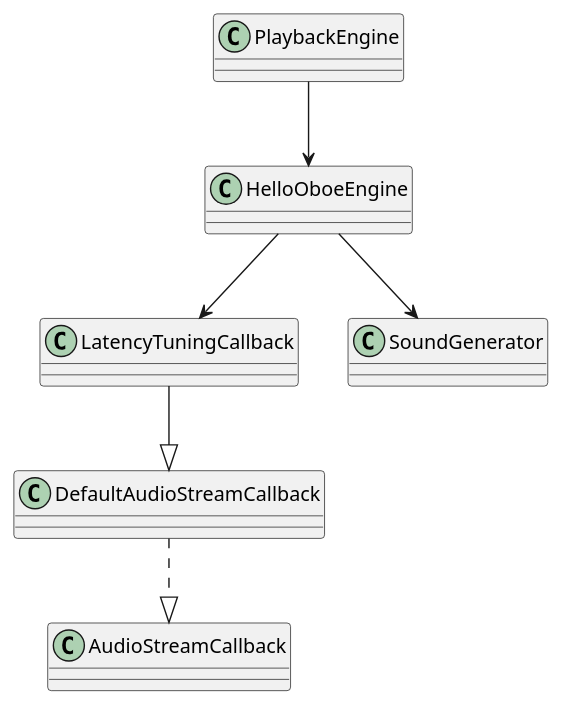
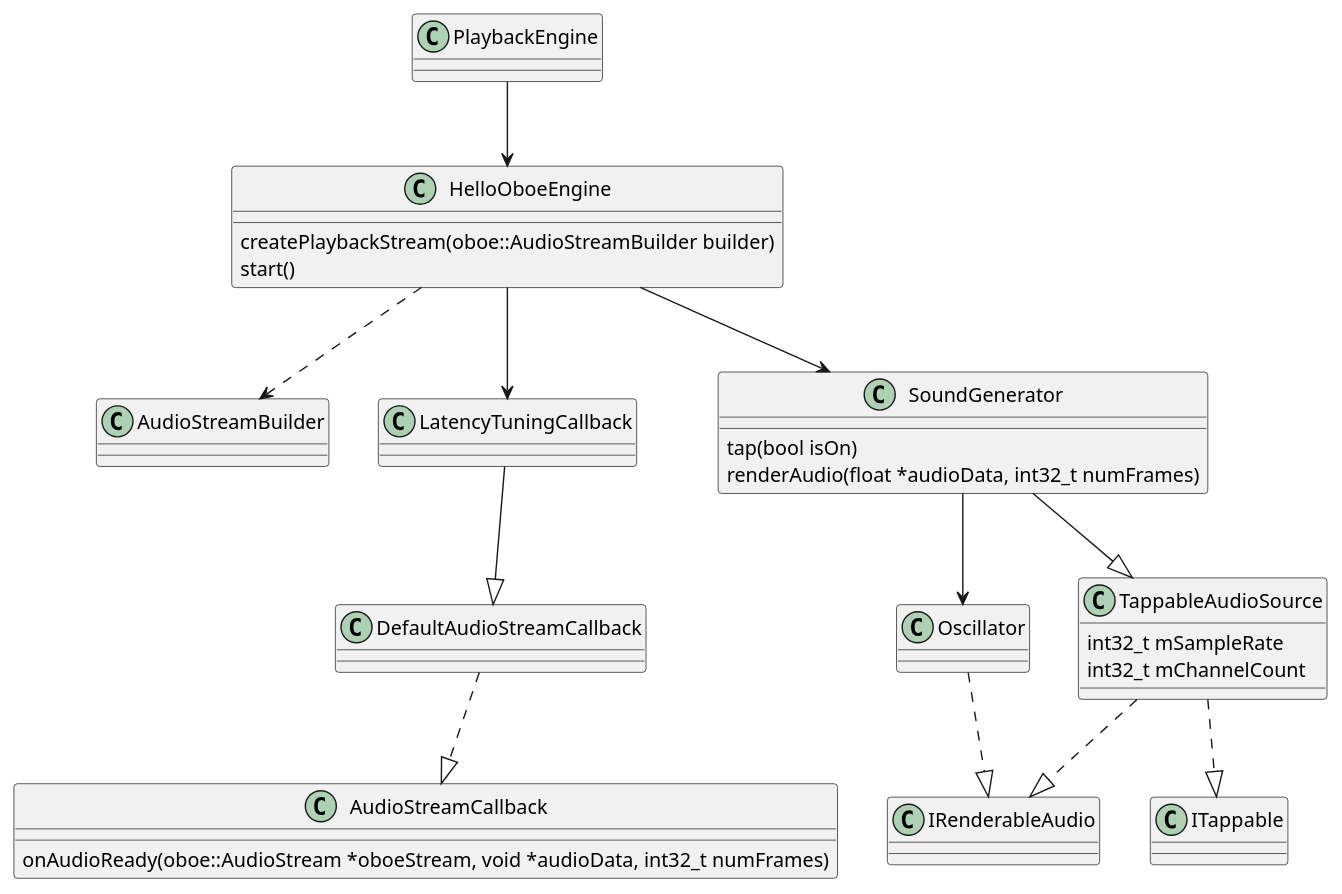
Before and after one commit to sunxiaodongme/accumulation: the diagram in programmer/android/媒体/音频/oboe_samples_uml.wsd, drawn with PlantUML. The commit also changed 146 other files, not shown here.

```diff
--- a/programmer/android/媒体/音频/oboe_samples_uml.wsd
+++ b/programmer/android/媒体/音频/oboe_samples_uml.wsd
@@ -1,27 +1,52 @@
-@startuml oboe_samples_uml_
+@startuml oboe_samples_uml
 
 class PlaybackEngine {
 
 }
 PlaybackEngine --> HelloOboeEngine
 class HelloOboeEngine {
+    createPlaybackStream(oboe::AudioStreamBuilder builder)
+    start()
+}
+HelloOboeEngine ..> AudioStreamBuilder
+'stream构建器'
+class AudioStreamBuilder {
 
 }
 HelloOboeEngine --> LatencyTuningCallback
 class LatencyTuningCallback {
 
 }
 LatencyTuningCallback --|> DefaultAudioStreamCallback
 '渲染来自IRenderableAudio的数据'
 class DefaultAudioStreamCallback {
 
 }
 DefaultAudioStreamCallback ..|> AudioStreamCallback
 'onAudioReady用于数据流动，onError*用于提示错误'
 class AudioStreamCallback {
+    onAudioReady(oboe::AudioStream *oboeStream, void *audioData, int32_t numFrames)
+}
+HelloOboeEngine --> SoundGenerator
+'对每个渠道生成一个固定频率的tone'
+class SoundGenerator {
+    tap(bool isOn)
+    renderAudio(float *audioData, int32_t numFrames)
+}
+SoundGenerator --|> TappableAudioSource
+'渲染audio，并执行点击控制'
+class TappableAudioSource {
+    int32_t mSampleRate
+    int32_t mChannelCount
+}
+TappableAudioSource ..|> IRenderableAudio
+TappableAudioSource ..|> ITappable
+SoundGenerator --> Oscillator
+'单渠道audio渲染'
+class Oscillator {
 
 }
-HelloOboeEngine --> SoundGenerator
+Oscillator ..|> IRenderableAudio
 
 
 @enduml
```
